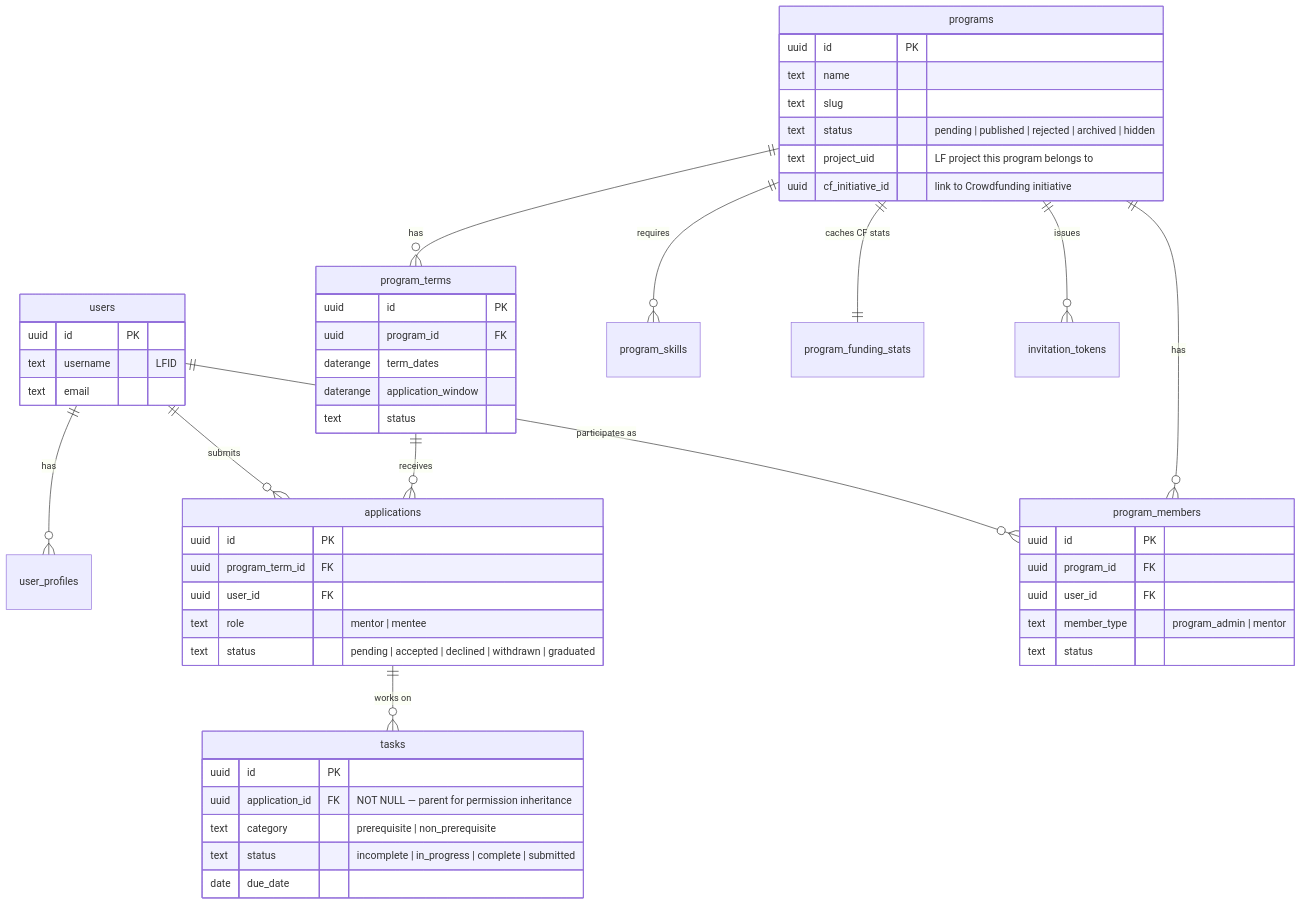
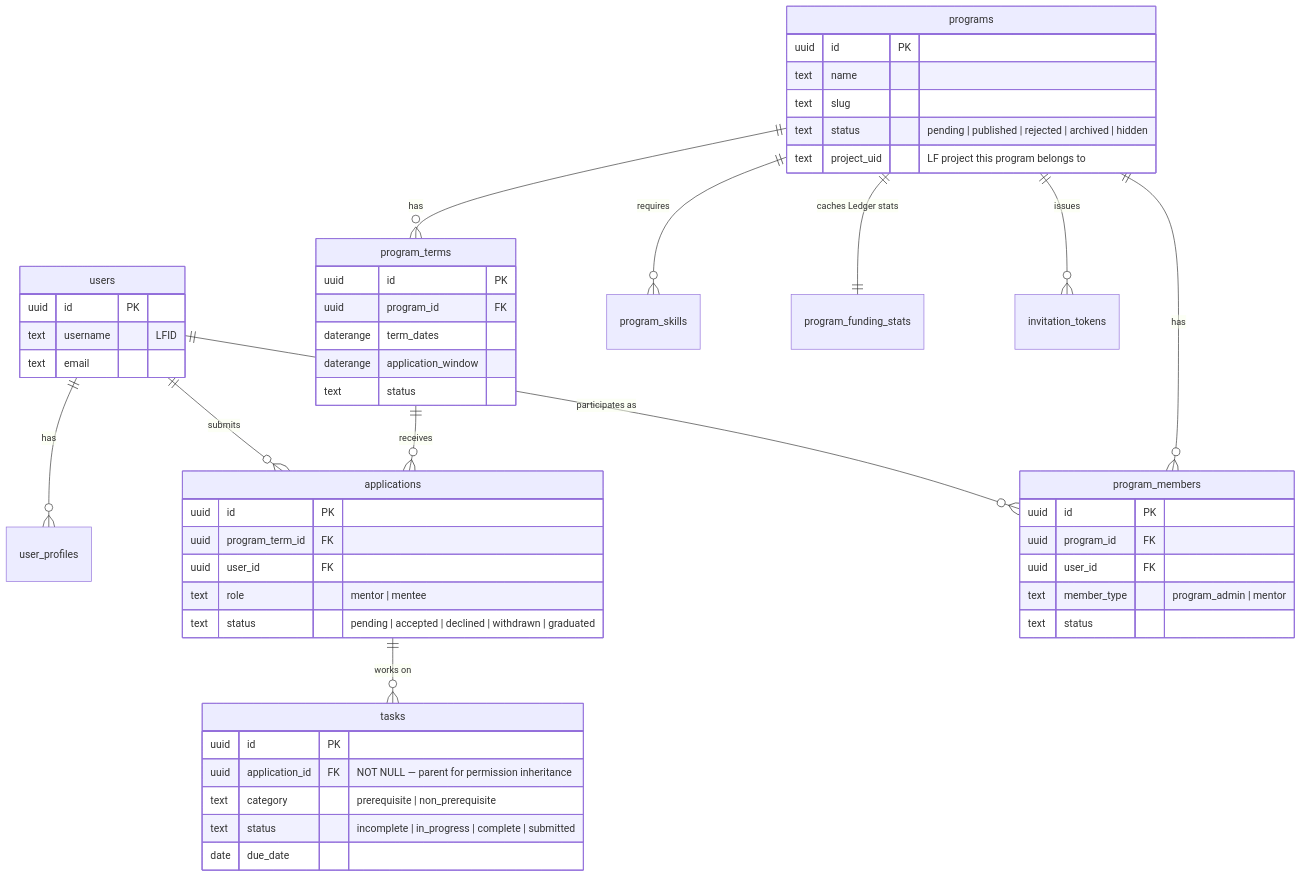
The second of 2 diagrams in docs/rewrite/02-target-architecture.md (linuxfoundation/lfx-mentorship), drawn with Mermaid before and after one commit. The commit also changed other lines of this file and 1 other file, not shown here.

First line of the commit message:
docs(rewrite): align 02 and 03 with the funding sync and the frontend split

````diff
--- a/docs/rewrite/02-target-architecture.md
+++ b/docs/rewrite/02-target-architecture.md
@@ -101,55 +103,54 @@
 ```mermaid
 erDiagram
     users ||--o{ user_profiles : has
     users ||--o{ applications : submits
     users ||--o{ program_members : "participates as"
     programs ||--o{ program_terms : has
     programs ||--o{ program_members : has
     programs ||--o{ program_skills : requires
-    programs ||--|| program_funding_stats : "caches CF stats"
+    programs ||--|| program_funding_stats : "caches Ledger stats"
     program_terms ||--o{ applications : receives
     applications ||--o{ tasks : "works on"
     programs ||--o{ invitation_tokens : issues
 
     users {
         uuid id PK
         text username "LFID"
         text email
     }
     programs {
         uuid id PK
         text name
         text slug
         text status "pending | published | rejected | archived | hidden"
         text project_uid "LF project this program belongs to"
-        uuid cf_initiative_id "link to Crowdfunding initiative"
     }
     program_terms {
         uuid id PK
         uuid program_id FK
         daterange term_dates
         daterange application_window
         text status
     }
     applications {
         uuid id PK
         uuid program_term_id FK
         uuid user_id FK
         text role "mentor | mentee"
         text status "pending | accepted | declined | withdrawn | graduated"
     }
     program_members {
         uuid id PK
         uuid program_id FK
         uuid user_id FK
         text member_type "program_admin | mentor"
         text status
     }
     tasks {
         uuid id PK
         uuid application_id FK "NOT NULL — parent for permission inheritance"
         text category "prerequisite | non_prerequisite"
         text status "incomplete | in_progress | complete | submitted"
         date due_date
     }
 ```
````
